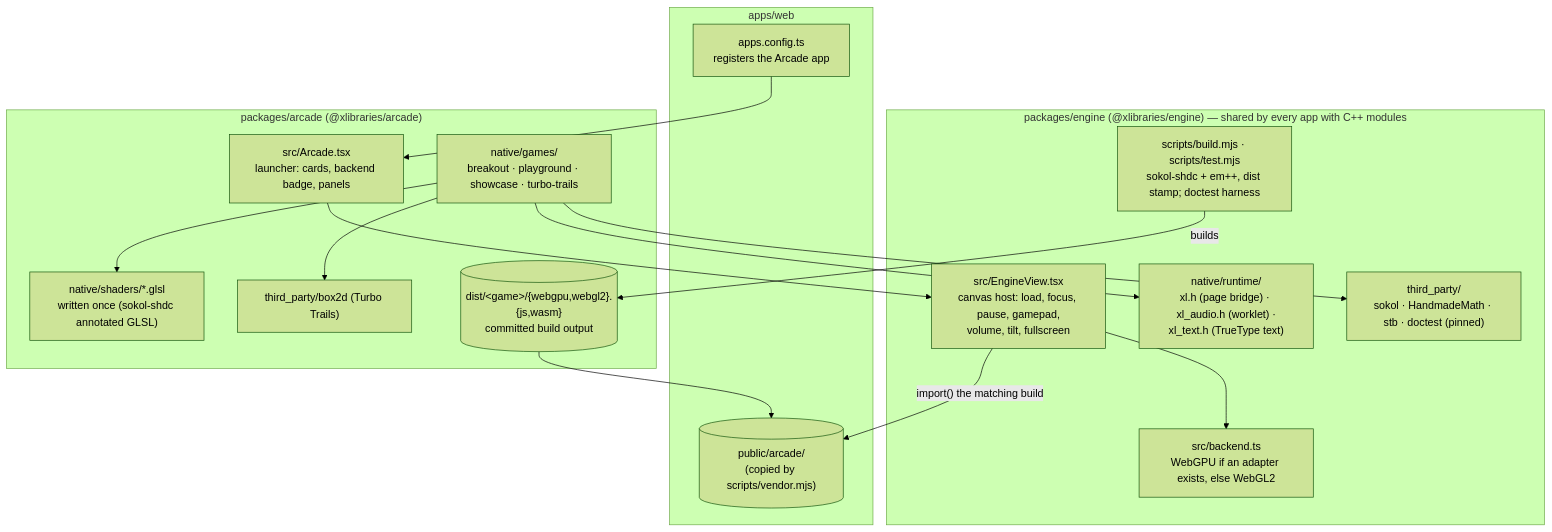
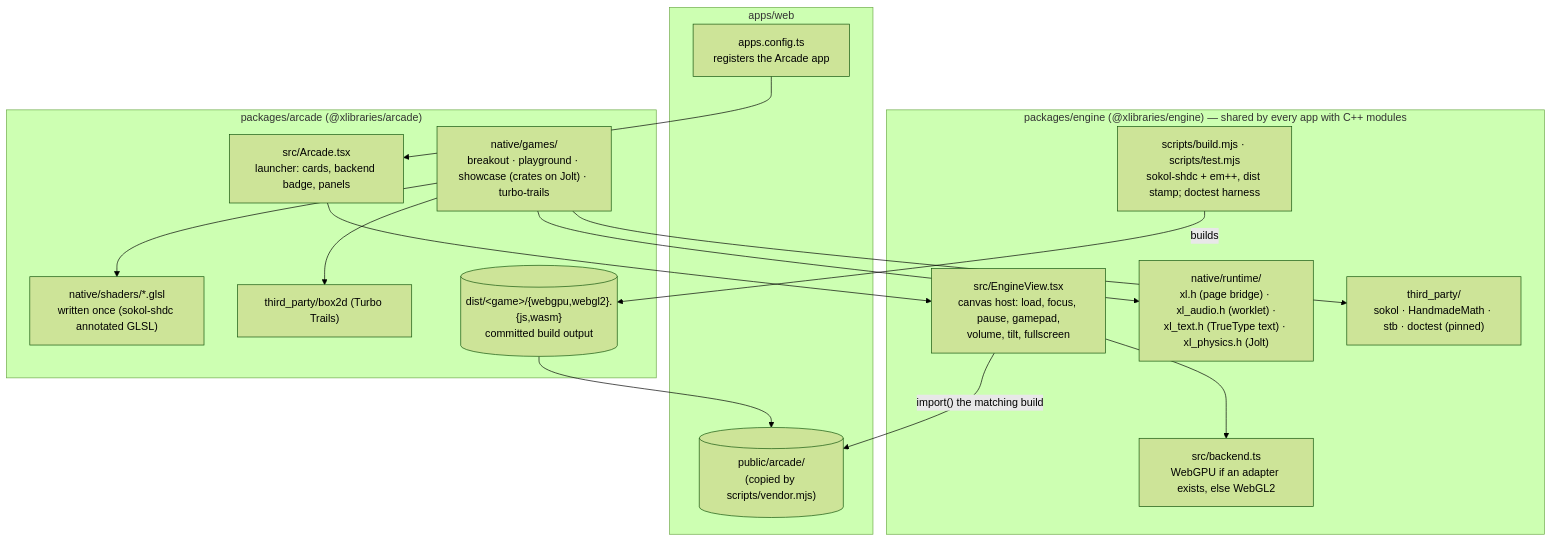
The first of 2 diagrams in docs/arcade-plan.md (xlibraries/Xlib), drawn with Mermaid (forest theme) before and after one commit. The commit also changed 561 other files, not shown here.

Commit message:
Engine: Jolt Physics v5.6.0 and xl_physics (bodies, motorised joints, ray casts, contacts); the showcase's crates run on it

````diff
--- a/docs/arcade-plan.md
+++ b/docs/arcade-plan.md
@@ -12,30 +12,30 @@
 ```mermaid
 flowchart TB
     subgraph site["apps/web"]
         config["apps.config.ts<br/>registers the Arcade app"]
         public[("public/arcade/<br/>(copied by scripts/vendor.mjs)")]
     end
 
     subgraph engine["packages/engine (@xlibraries/engine) — shared by every app with C++ modules"]
         view["src/EngineView.tsx<br/>canvas host: load, focus, pause, gamepad,<br/>volume, tilt, fullscreen"]
         pick["src/backend.ts<br/>WebGPU if an adapter exists, else WebGL2"]
-        runtime["native/runtime/<br/>xl.h (page bridge) · xl_audio.h (worklet) ·<br/>xl_text.h (TrueType text)"]
+        runtime["native/runtime/<br/>xl.h (page bridge) · xl_audio.h (worklet) ·<br/>xl_text.h (TrueType text) · xl_physics.h (Jolt)"]
         buildpipe["scripts/build.mjs · scripts/test.mjs<br/>sokol-shdc + em++, dist stamp; doctest harness"]
         third["third_party/<br/>sokol · HandmadeMath · stb · doctest (pinned)"]
     end
 
     subgraph pkg["packages/arcade (@xlibraries/arcade)"]
         launcher["src/Arcade.tsx<br/>launcher: cards, backend badge, panels"]
-        games["native/games/<br/>breakout · playground · showcase · turbo-trails"]
+        games["native/games/<br/>breakout · playground · showcase (crates on Jolt) · turbo-trails"]
         shaders["native/shaders/*.glsl<br/>written once (sokol-shdc annotated GLSL)"]
         box2d["third_party/box2d (Turbo Trails)"]
         dist[("dist/&lt;game&gt;/{webgpu,webgl2}.{js,wasm}<br/>committed build output")]
     end
 
     config --> launcher --> view
     view --> pick
     view -- "import() the matching build" --> public
     dist --> public
     games --> runtime & shaders & third & box2d
     buildpipe -- builds --> dist
 ```
````
